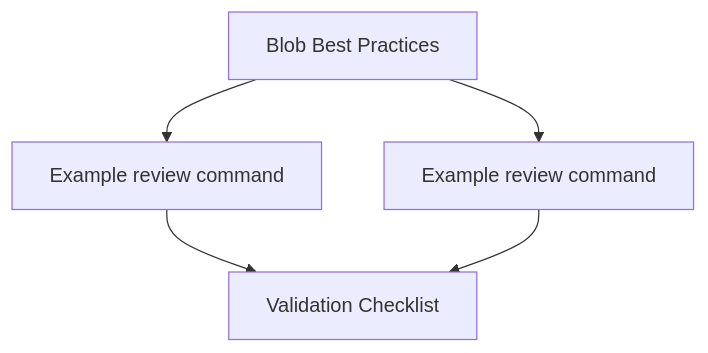
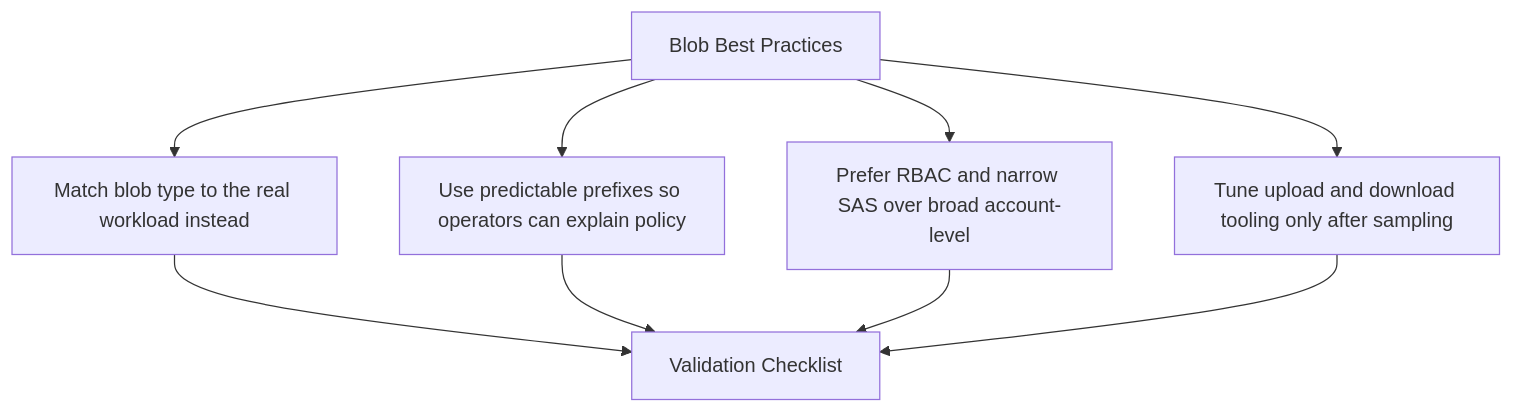
Before and after one commit to yeongseon/azure-storage-practical-guide: the diagram in docs/best-practices/blob-best-practices.md, drawn with Mermaid. The commit also changed 9 other files, not shown here.

Commit message:
fix: rebuild remaining BP diagrams from practice bullets with label shortening

````diff
--- a/docs/best-practices/blob-best-practices.md
+++ b/docs/best-practices/blob-best-practices.md
@@ -29,11 +29,17 @@
 ```mermaid
 flowchart TD
     T["Blob Best Practices"]
-    P1["Example review command"]
+    P1["Match blob type to the real workload instead"]
     T --> P1
-    P2["Example review command"]
+    P2["Use predictable prefixes so operators can explain policy"]
     T --> P2
+    P3["Prefer RBAC and narrow SAS over broad account-level"]
+    T --> P3
+    P4["Tune upload and download tooling only after sampling"]
+    T --> P4
     V["Validation Checklist"]
     P1 --> V
     P2 --> V
+    P3 --> V
+    P4 --> V
 ```
````
